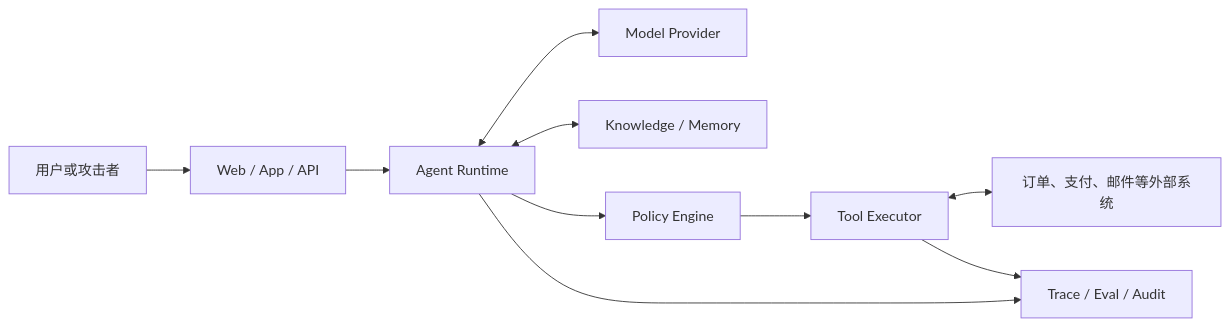
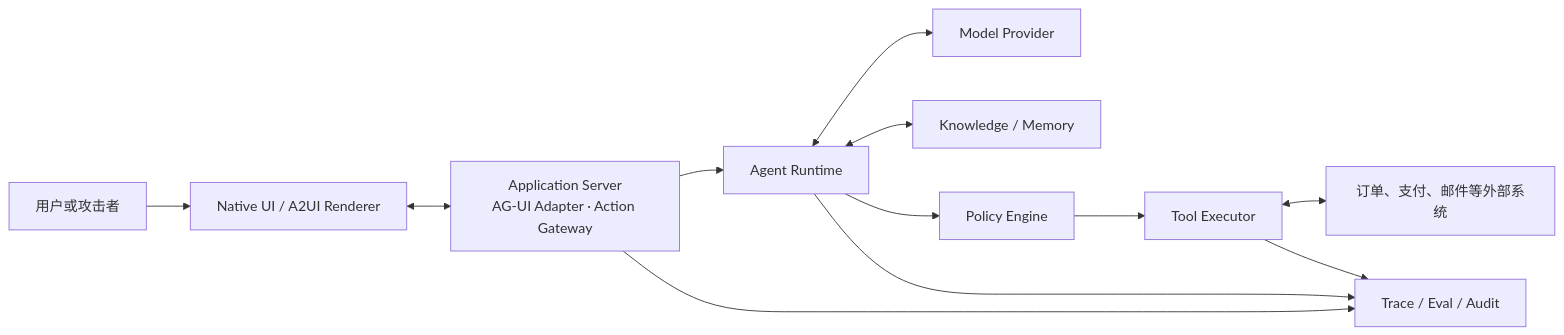
Before and after one commit to whatthehan/masterpiece-static-docs: the diagram in site/08-安全与治理/01-Agent威胁建模.md, drawn with Mermaid. The commit also changed other lines of this file and 165 other files, not shown here.

````diff
--- a/site/08-安全与治理/01-Agent威胁建模.md
+++ b/site/08-安全与治理/01-Agent威胁建模.md
@@ -15,12 +15,14 @@
 ```mermaid
 flowchart LR
-    U["用户或攻击者"] --> UI["Web / App / API"]
-    UI --> R["Agent Runtime"]
+    U["用户或攻击者"] --> UI["Native UI / A2UI Renderer"]
+    UI <--> A["Application Server<br/>AG-UI Adapter · Action Gateway"]
+    A --> R["Agent Runtime"]
     R <--> M["Model Provider"]
     R <--> K["Knowledge / Memory"]
     R --> P["Policy Engine"]
     P --> E["Tool Executor"]
     E <--> X["订单、支付、邮件等外部系统"]
     R --> O["Trace / Eval / Audit"]
+    A --> O
     E --> O
 ```
````
